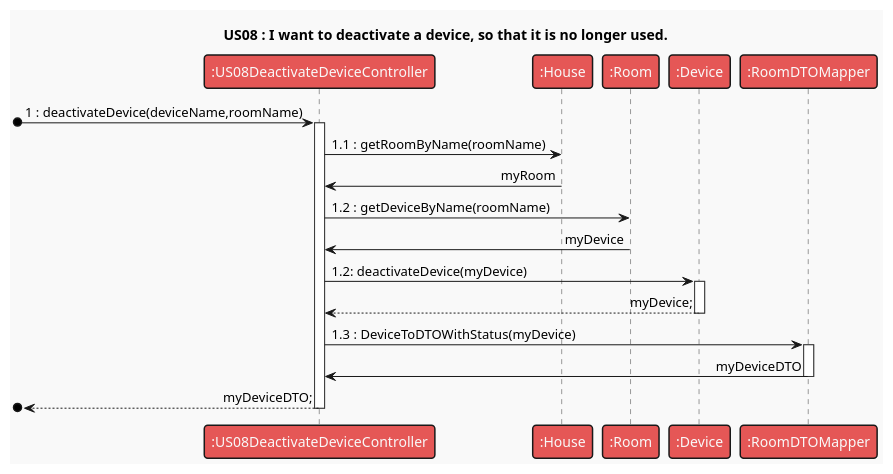
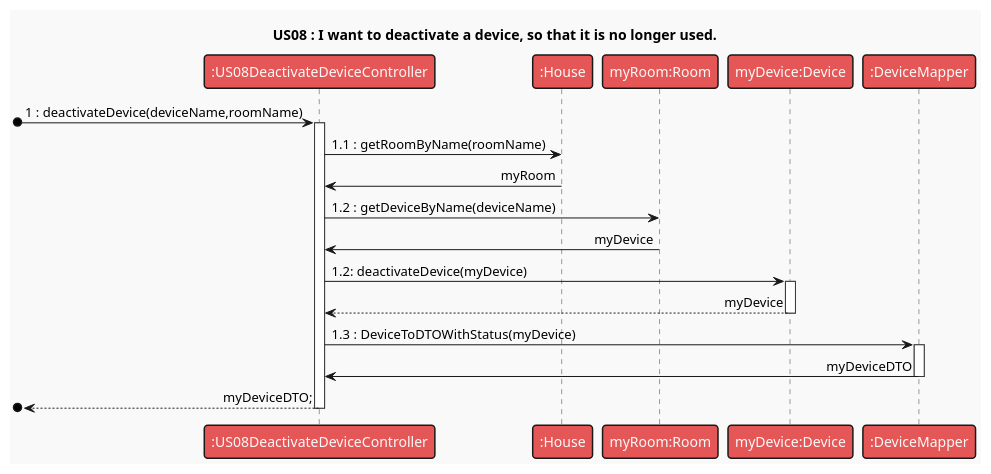
Before and after one commit to RicardoAraujoPT/SmartHome2: the diagram in src/main/java/pt/ipp/isep/dei/examples/basic/domain/SmartHome/UML/US08v2.puml, drawn with PlantUML. The commit also changed 1 other file, not shown here.

Commit message:
Implemented new versions of factory methods in US08DeactivateDeviceController class, corrected SD and Tests

```diff
--- a/src/main/java/pt/ipp/isep/dei/examples/basic/domain/SmartHome/UML/US08v2.puml
+++ b/src/main/java/pt/ipp/isep/dei/examples/basic/domain/SmartHome/UML/US08v2.puml
@@ -1,18 +1,18 @@
 @startuml
 'https://plantuml.com/sequence-diagram
 
 !theme mars
 skinparam sequenceMessageAlign direction
 
 title US08 : I want to deactivate a device, so that it is no longer used.
 [o-> ":US08DeactivateDeviceController" ++ : 1 : deactivateDevice(deviceName,roomName)
 ":US08DeactivateDeviceController"-> ":House" : 1.1 : getRoomByName(roomName)
 ":House"-> ":US08DeactivateDeviceController" : myRoom
-":US08DeactivateDeviceController"-> ":Room" : 1.2 : getDeviceByName(roomName)
-":Room"-> ":US08DeactivateDeviceController" : myDevice
-":US08DeactivateDeviceController" -> ":Device" ++: 1.2: deactivateDevice(myDevice)
-":Device" --> ":US08DeactivateDeviceController" --: myDevice;
-":US08DeactivateDeviceController"-> ":RoomDTOMapper" ++ : 1.3 : DeviceToDTOWithStatus(myDevice)
-":RoomDTOMapper"-> ":US08DeactivateDeviceController" -- : myDeviceDTO
+":US08DeactivateDeviceController"-> "myRoom:Room" : 1.2 : getDeviceByName(deviceName)
+"myRoom:Room"-> ":US08DeactivateDeviceController" : myDevice
+":US08DeactivateDeviceController" -> "myDevice:Device" ++: 1.2: deactivateDevice(myDevice)
+"myDevice:Device" --> ":US08DeactivateDeviceController" --: myDevice
+":US08DeactivateDeviceController"-> ":DeviceMapper" ++ : 1.3 : DeviceToDTOWithStatus(myDevice)
+":DeviceMapper"-> ":US08DeactivateDeviceController" -- : myDeviceDTO
 [o<-- ":US08DeactivateDeviceController" --: myDeviceDTO;
 @enduml
```
